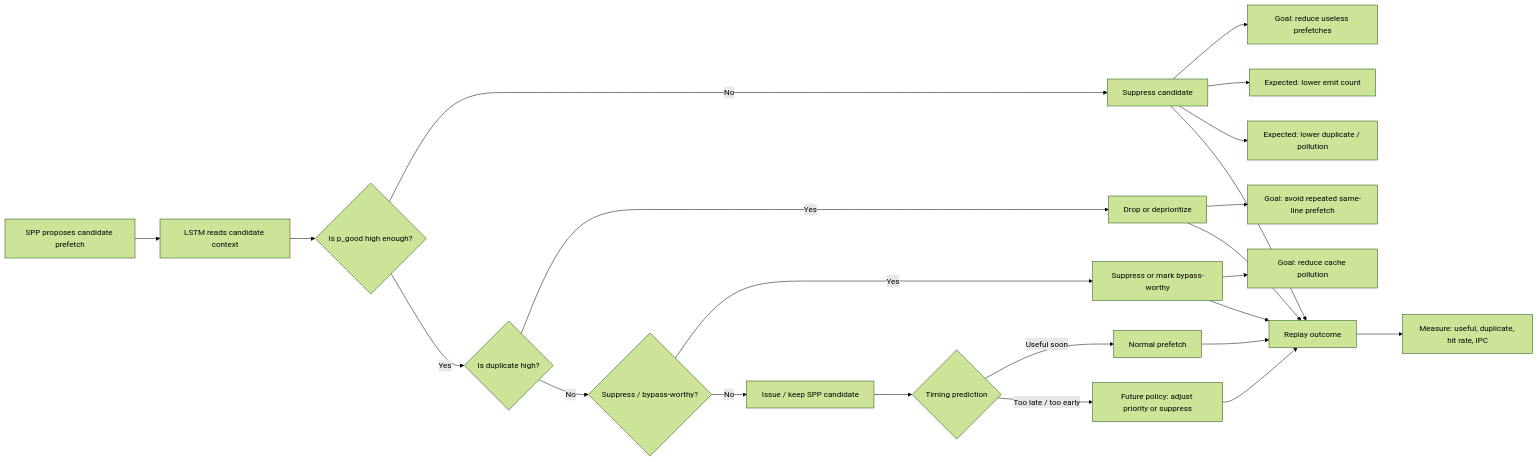
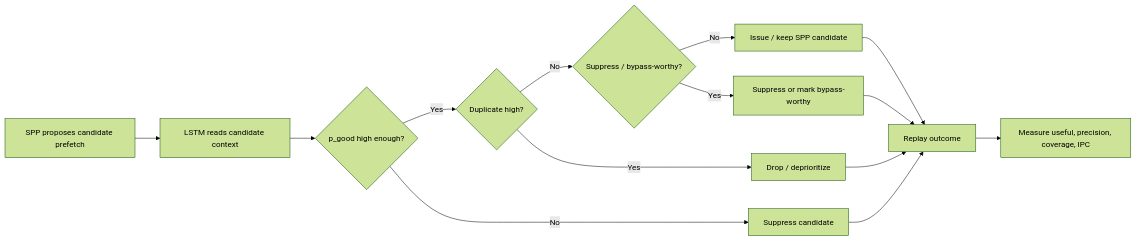
One commit to Angelawoo572/cache_arch changed the fourth of 6 diagrams in formal_NN_training/LSTM_cache_action_pipeline_story.md. Above: the diagram before and after it, drawn with Mermaid (forest theme). The commit also changed other lines of this file, not shown here.

````diff
--- a/formal_NN_training/LSTM_cache_action_pipeline_story.md
+++ b/formal_NN_training/LSTM_cache_action_pipeline_story.md
@@ -273,35 +152,21 @@
 ```mermaid
 flowchart LR
     A[SPP proposes candidate prefetch] --> B[LSTM reads candidate context]
 
-    B --> C{Is p_good high enough?}
+    B --> C{p_good high enough?}
+    C -- No --> D[Suppress candidate]
+    C -- Yes --> E{Duplicate high?}
 
-    C -- No --> D[Suppress candidate]
-    D --> D1[Goal: reduce useless prefetches]
-    D --> D2[Expected: lower emit count]
-    D --> D3[Expected: lower duplicate / pollution]
-
-    C -- Yes --> E{Is duplicate high?}
-
-    E -- Yes --> F[Drop or deprioritize]
-    F --> F1[Goal: avoid repeated same-line prefetch]
-
+    E -- Yes --> F[Drop / deprioritize]
     E -- No --> G{Suppress / bypass-worthy?}
 
     G -- Yes --> H[Suppress or mark bypass-worthy]
-    H --> H1[Goal: reduce cache pollution]
-
     G -- No --> I[Issue / keep SPP candidate]
 
-    I --> J{Timing prediction}
-    J -- Useful soon --> K[Normal prefetch]
-    J -- Too late / too early --> L[Future policy: adjust priority or suppress]
+    I --> J[Replay outcome]
+    H --> J
+    F --> J
+    D --> J
 
-    K --> M[Replay outcome]
-    L --> M
-    H --> M
-    F --> M
-    D --> M
-
-    M --> N[Measure: useful, duplicate, hit rate, IPC]
+    J --> K[Measure useful, precision, coverage, IPC]
 ```
````
